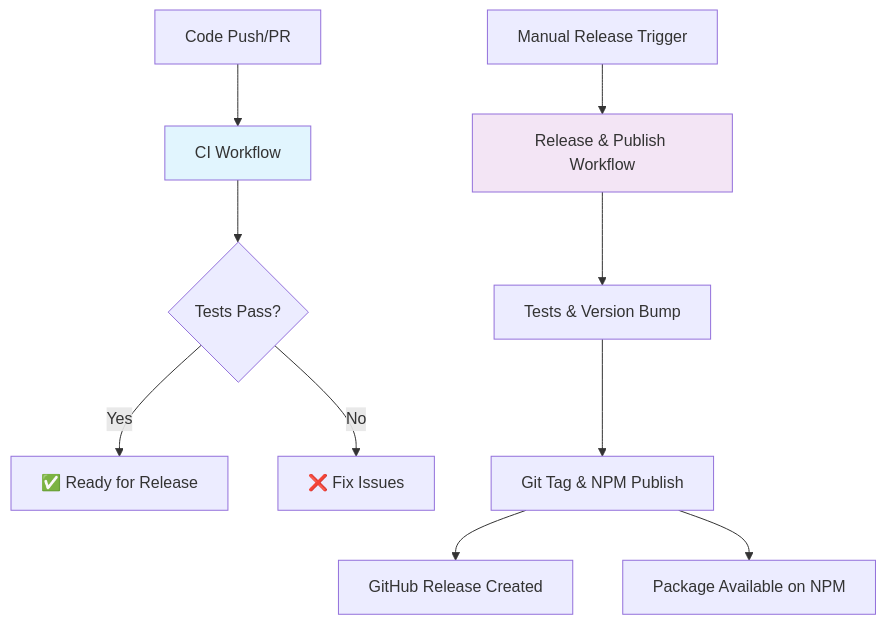
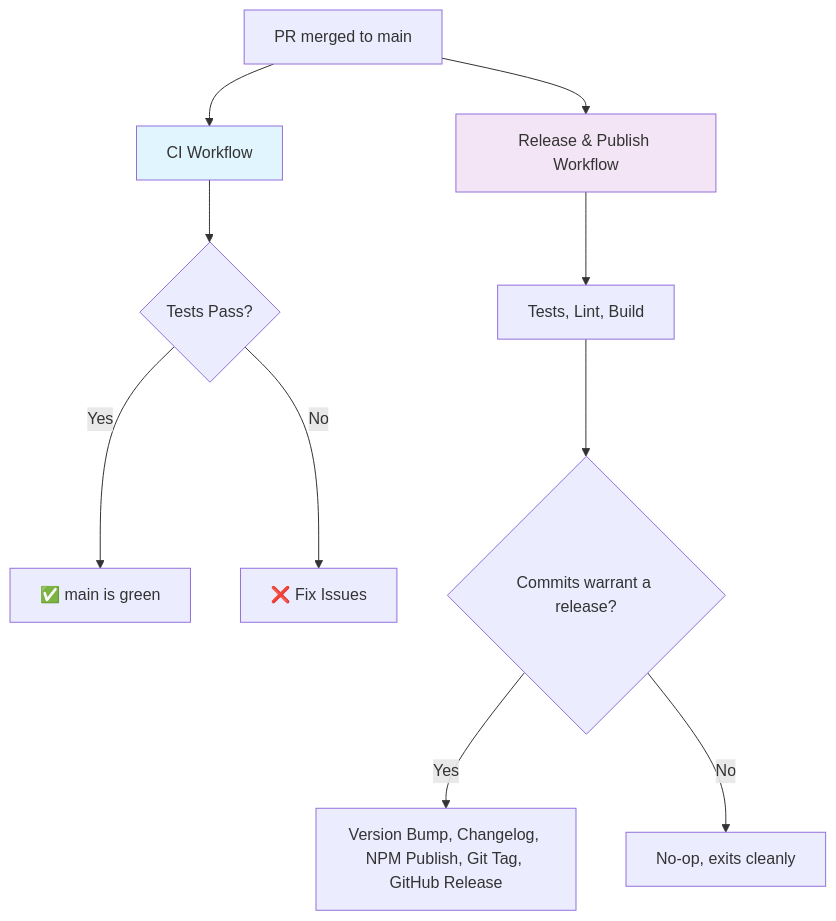
The diagram in .github/WORKFLOWS.md (counterapi/counter.js), drawn with Mermaid before and after one commit. The commit also changed other lines of this file and 6 other files, not shown here.

````diff
--- a/.github/WORKFLOWS.md
+++ b/.github/WORKFLOWS.md
@@ -40,16 +44,17 @@
 ```mermaid
 graph TD
-    A[Code Push/PR] --> B[CI Workflow]
+    A[PR merged to main] --> B[CI Workflow]
+    A --> G[Release & Publish Workflow]
+
     B --> C{Tests Pass?}
-    C -->|Yes| D[✅ Ready for Release]
+    C -->|Yes| D[✅ main is green]
     C -->|No| E[❌ Fix Issues]
-    
-    F[Manual Release Trigger] --> G[Release & Publish Workflow]
-    G --> H[Tests & Version Bump]
-    H --> I[Git Tag & NPM Publish]
-    I --> J[GitHub Release Created]
-    I --> K[Package Available on NPM]
-    
+
+    G --> H[Tests, Lint, Build]
+    H --> I{Commits warrant a release?}
+    I -->|Yes| J[Version Bump, Changelog, NPM Publish, Git Tag, GitHub Release]
+    I -->|No| K[No-op, exits cleanly]
+
     style B fill:#e1f5fe
     style G fill:#f3e5f5
 ```
````
